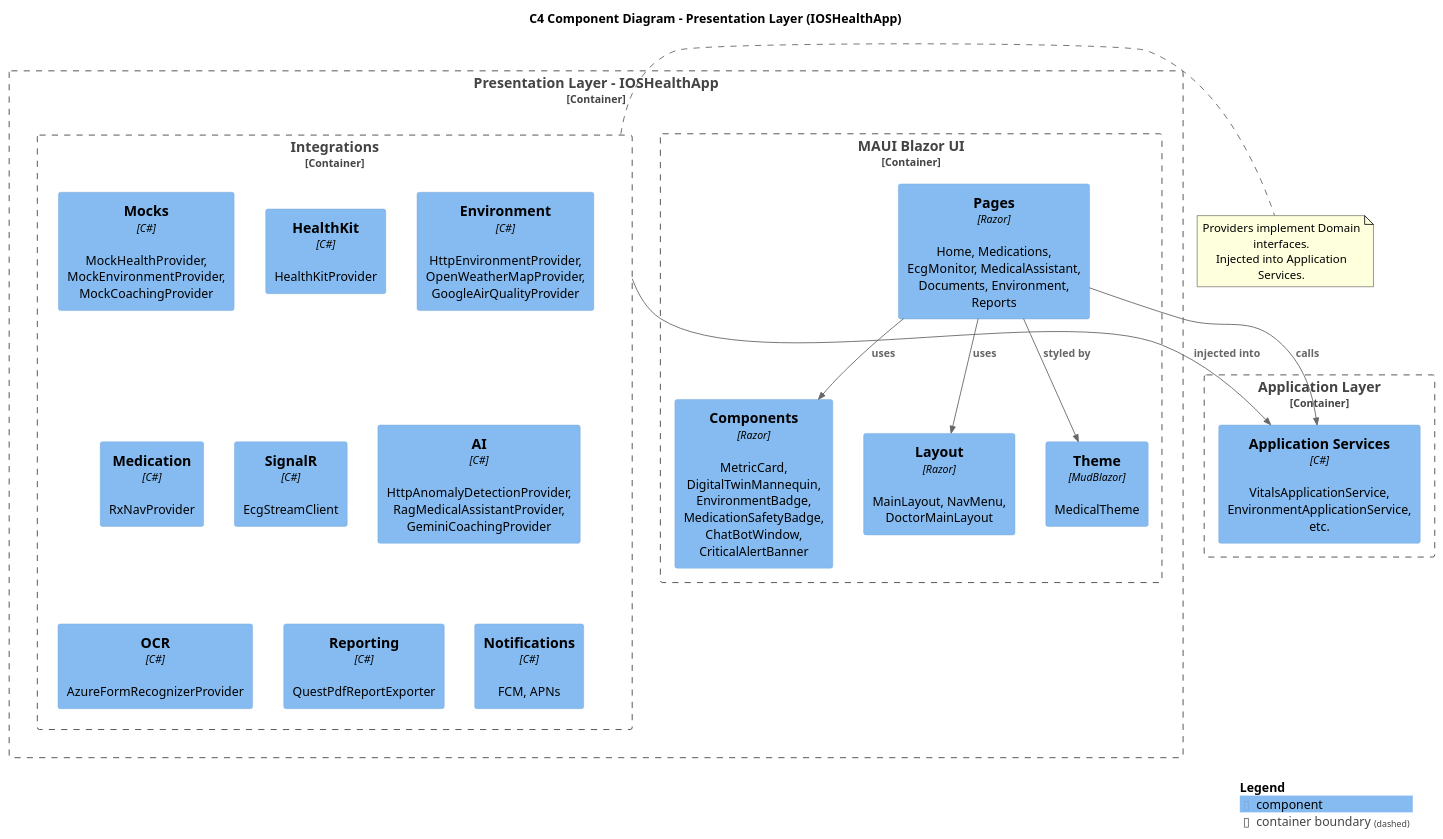
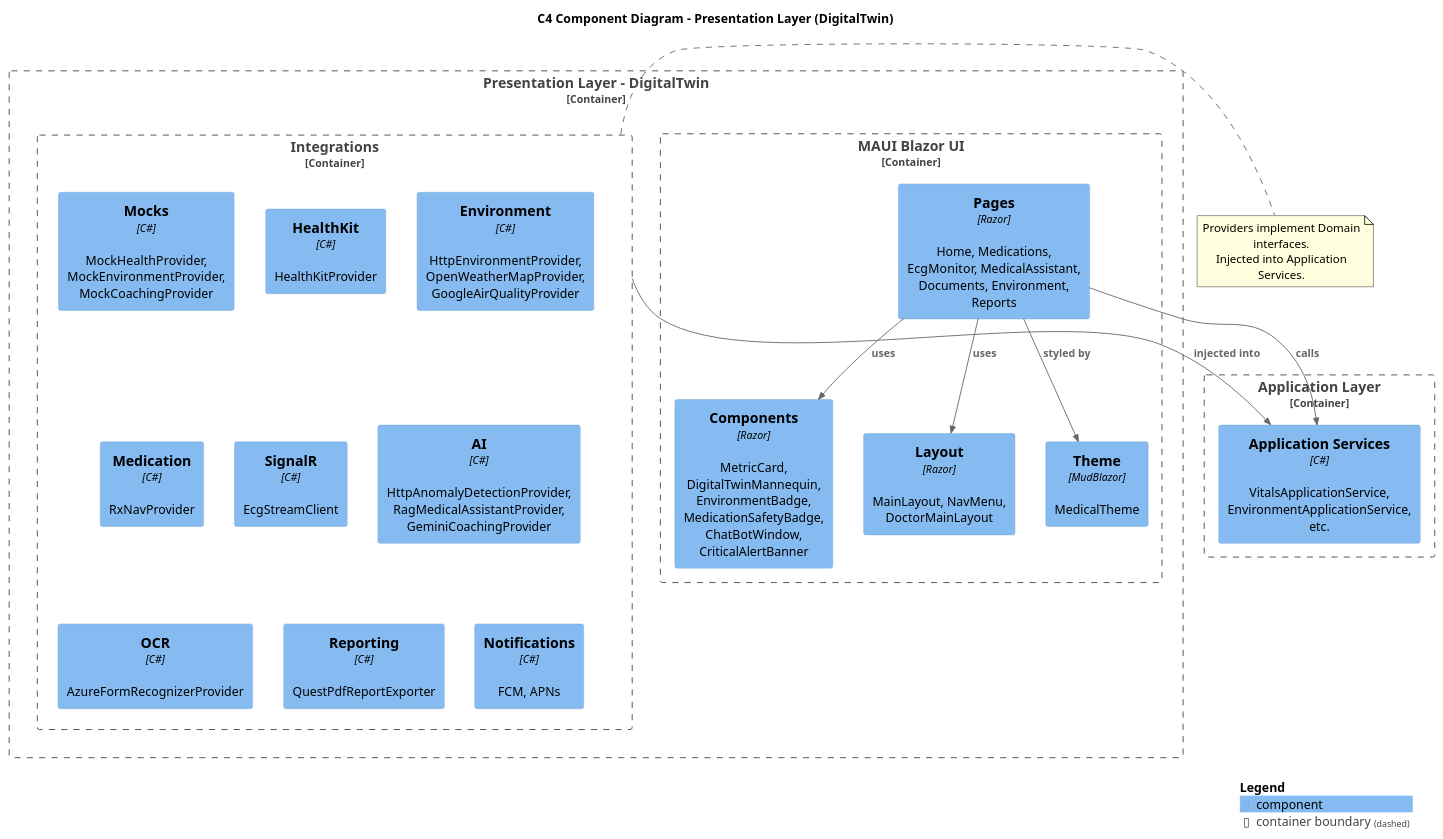
The diagram in diagrams/c4-presentation.puml (Theo3883/Digital-Twin), drawn with PlantUML before and after one commit. The commit also changed 191 other files, not shown here.

```diff
--- a/diagrams/c4-presentation.puml
+++ b/diagrams/c4-presentation.puml
@@ -1,44 +1,44 @@
 @startuml IOS Health App - C4 Presentation Layer
 !include https://raw.githubusercontent.com/plantuml-stdlib/C4-PlantUML/master/C4_Component.puml
 
-title C4 Component Diagram - Presentation Layer (IOSHealthApp)
+title C4 Component Diagram - Presentation Layer (DigitalTwin)
 
-Container_Boundary(presentation, "Presentation Layer - IOSHealthApp") {
+Container_Boundary(presentation, "Presentation Layer - DigitalTwin") {
     Container_Boundary(ui, "MAUI Blazor UI") {
         Component(pages, "Pages", "Razor", "Home, Medications, EcgMonitor, MedicalAssistant, Documents, Environment, Reports")
         Component(components, "Components", "Razor", "MetricCard, DigitalTwinMannequin, EnvironmentBadge, MedicationSafetyBadge, ChatBotWindow, CriticalAlertBanner")
         Component(layout, "Layout", "Razor", "MainLayout, NavMenu, DoctorMainLayout")
         Component(theme, "Theme", "MudBlazor", "MedicalTheme")
     }
     
     Container_Boundary(integrations, "Integrations") {
         Component(mocks, "Mocks", "C#", "MockHealthProvider, MockEnvironmentProvider, MockCoachingProvider")
         Component(healthkit, "HealthKit", "C#", "HealthKitProvider")
         Component(environment, "Environment", "C#", "HttpEnvironmentProvider, OpenWeatherMapProvider, GoogleAirQualityProvider")
         Component(medication, "Medication", "C#", "RxNavProvider")
         Component(signalr, "SignalR", "C#", "EcgStreamClient")
         Component(ai, "AI", "C#", "HttpAnomalyDetectionProvider, RagMedicalAssistantProvider, GeminiCoachingProvider")
         Component(ocr, "OCR", "C#", "AzureFormRecognizerProvider")
         Component(reporting, "Reporting", "C#", "QuestPdfReportExporter")
         Component(notifications, "Notifications", "C#", "FCM, APNs")
     }
 }
 
 Container_Boundary(application, "Application Layer") {
     Component(app_services, "Application Services", "C#", "VitalsApplicationService, EnvironmentApplicationService, etc.")
 }
 
 Rel(pages, components, "uses")
 Rel(pages, layout, "uses")
 Rel(pages, theme, "styled by")
 Rel(pages, app_services, "calls")
 
 Rel(integrations, app_services, "injected into")
 
 note right of integrations
   Providers implement Domain interfaces.
   Injected into Application Services.
 end note
 
 SHOW_LEGEND()
 @enduml
```
